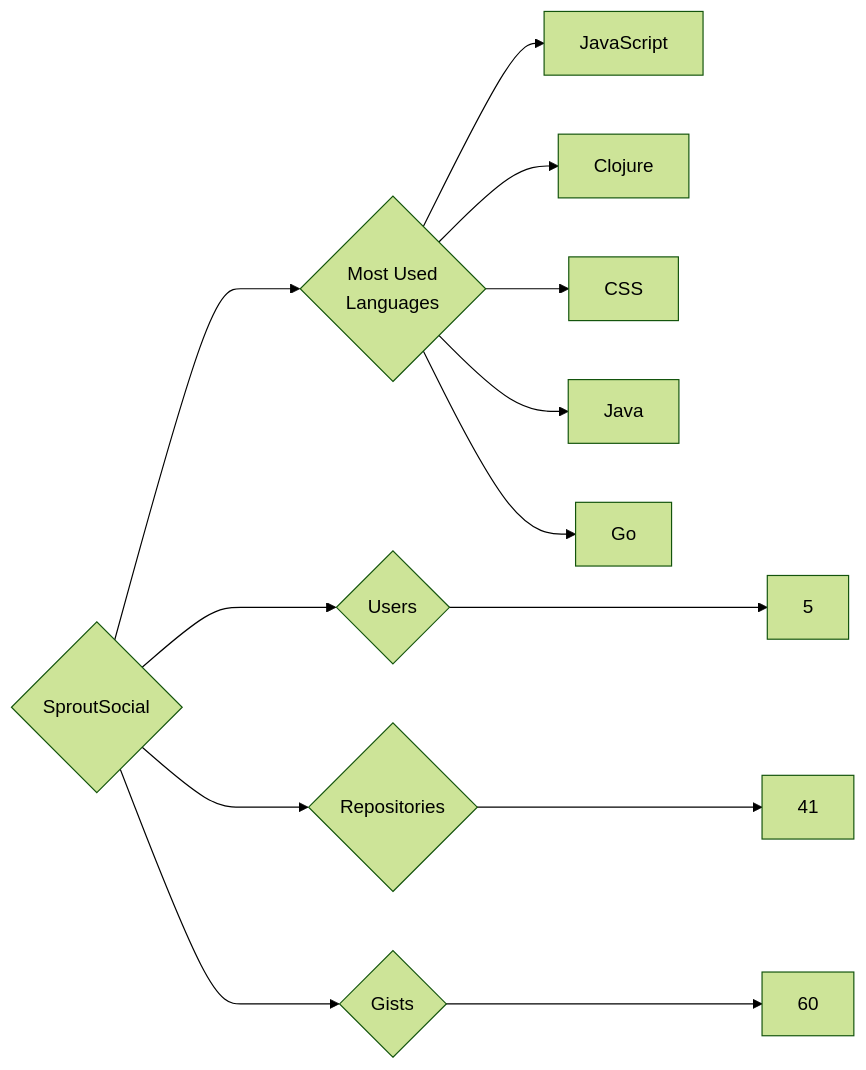
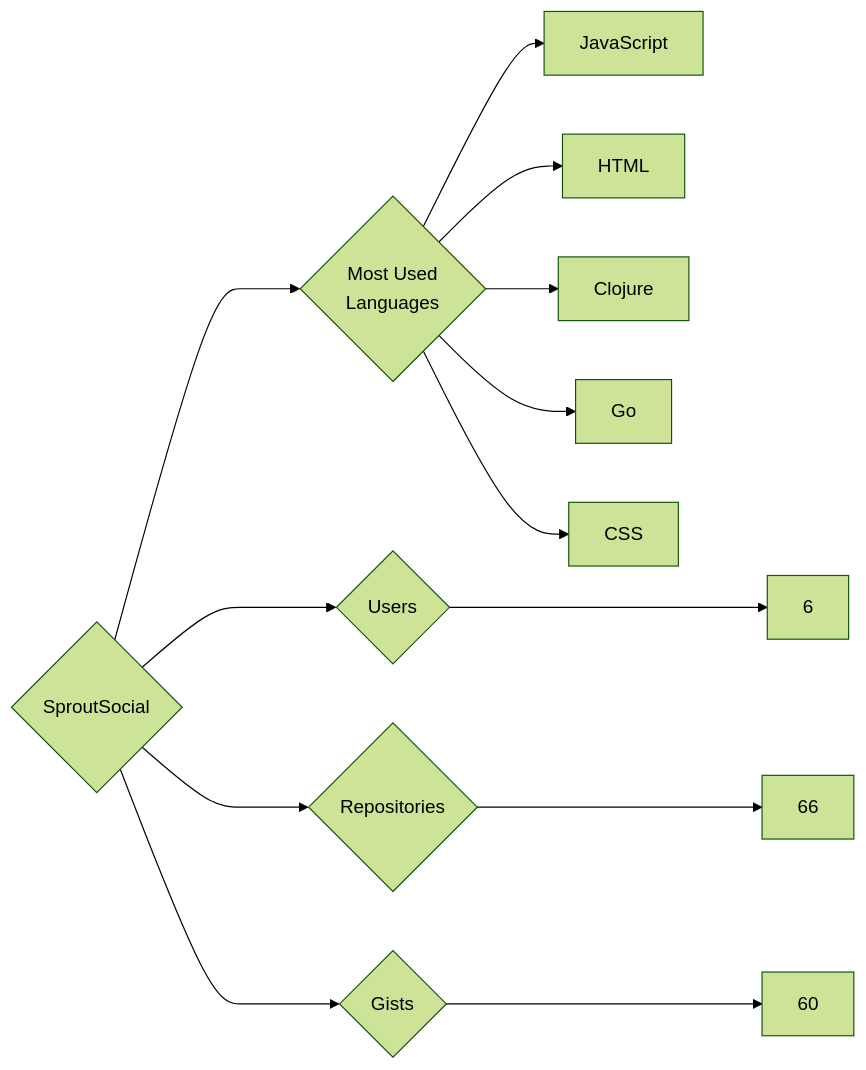
The diagram in targets/SproutSocial/README.md (trickest/insiders), drawn with Mermaid (forest theme) before and after one commit. The commit also changed 715 other files, not shown here.

````diff
--- a/targets/SproutSocial/README.md
+++ b/targets/SproutSocial/README.md
@@ -3,13 +3,13 @@
 ```mermaid
 graph LR
 COMPANY_NAME{SproutSocial}
-COMPANY_NAME ---> U{Users} ---> UN[5]
-COMPANY_NAME ---> R{Repositories} ---> RN[41]
+COMPANY_NAME ---> U{Users} ---> UN[6]
+COMPANY_NAME ---> R{Repositories} ---> RN[66]
 COMPANY_NAME ---> G{Gists} ---> GN[60]
 COMPANY_NAME ---> ML{Most Used<br>Languages}
 ML --> JavaScript[JavaScript]
+ML --> HTML[HTML]
 ML --> Clojure[Clojure]
+ML --> Go[Go]
 ML --> CSS[CSS]
-ML --> Java[Java]
-ML --> Go[Go]
 ```
````
